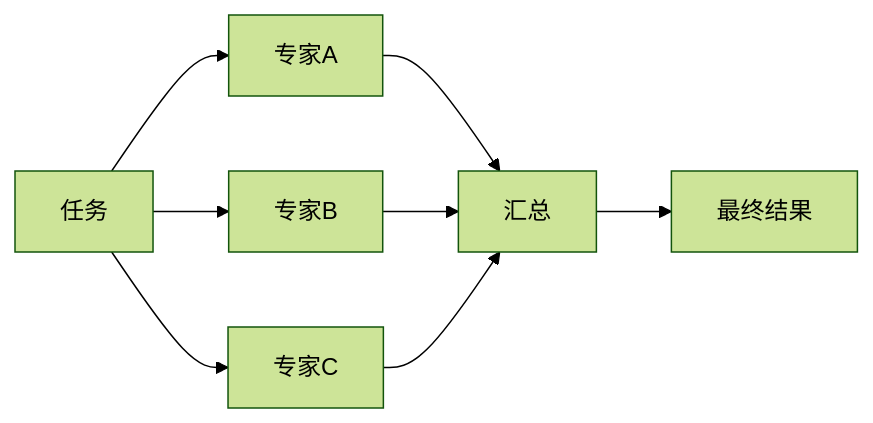
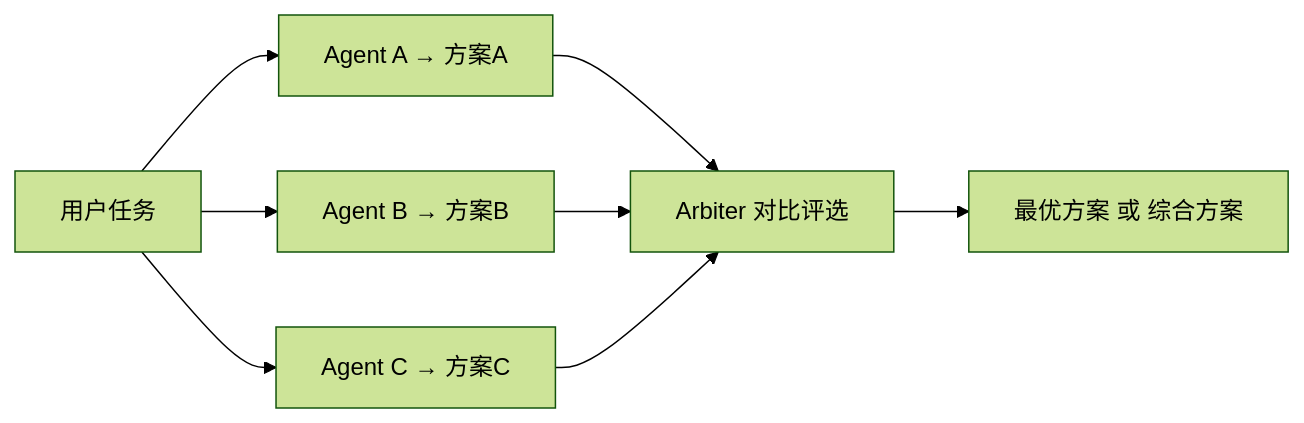
Before and after one commit to yiiewang/yiiewang.github.io: the second of 7 diagrams in docs/blog/posts/2026/03/19.md, drawn with Mermaid (forest theme). The commit also changed other lines of this file and 1 other file, not shown here.

````diff
--- a/docs/blog/posts/2026/03/19.md
+++ b/docs/blog/posts/2026/03/19.md
@@ -79,10 +139,10 @@
     ```mermaid
     flowchart LR
-        T[任务] --> A[专家A]
-        T --> B[专家B]
-        T --> C[专家C]
-        A --> D[汇总]
-        B --> D
-        C --> D
-        D --> E[最终结果]
+        T[用户任务] --> A[Agent A → 方案A]
+        T --> B[Agent B → 方案B]
+        T --> C[Agent C → 方案C]
+        A --> ARB[Arbiter 对比评选]
+        B --> ARB
+        C --> ARB
+        ARB --> R[最优方案 或 综合方案]
     ```
````
